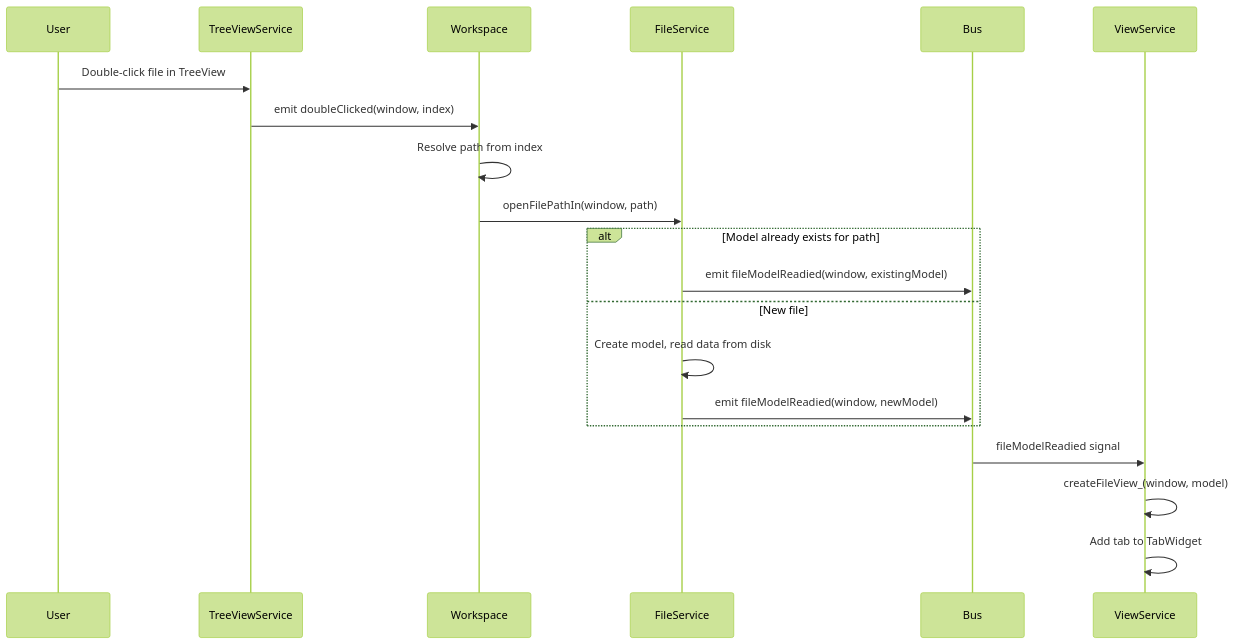
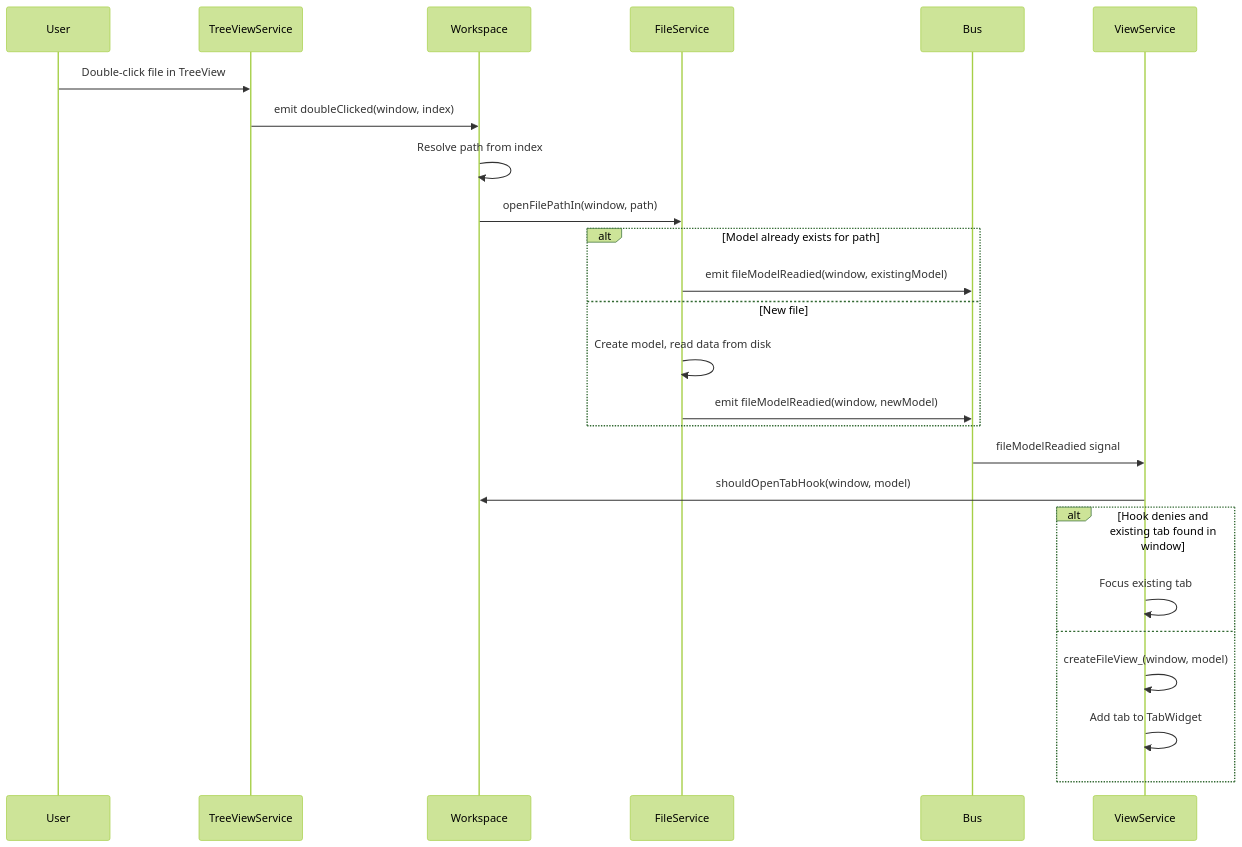
Before and after one commit to fairybow/Fernanda: the third of 4 diagrams in Fernanda/docs/Architecture.md, drawn with Mermaid (forest theme). The commit also changed other lines of this file and 3 other files, not shown here.

````diff
--- a/Fernanda/docs/Architecture.md
+++ b/Fernanda/docs/Architecture.md
@@ -304,23 +302,28 @@
 ```mermaid
 sequenceDiagram
     participant U as User
     participant TVS as TreeViewService
     participant W as Workspace
     participant FS as FileService
     participant B as Bus
     participant VS as ViewService
 
     U->>TVS: Double-click file in TreeView
     TVS->>W: emit doubleClicked(window, index)
     W->>W: Resolve path from index
     W->>FS: openFilePathIn(window, path)
     alt Model already exists for path
         FS->>B: emit fileModelReadied(window, existingModel)
     else New file
         FS->>FS: Create model, read data from disk
         FS->>B: emit fileModelReadied(window, newModel)
     end
     B->>VS: fileModelReadied signal
-    VS->>VS: createFileView_(window, model)
-    VS->>VS: Add tab to TabWidget
+    VS->>W: shouldOpenTabHook(window, model)
+    alt Hook denies and existing tab found in window
+        VS->>VS: Focus existing tab
+    else
+        VS->>VS: createFileView_(window, model)
+        VS->>VS: Add tab to TabWidget
+    end
 ```
````
